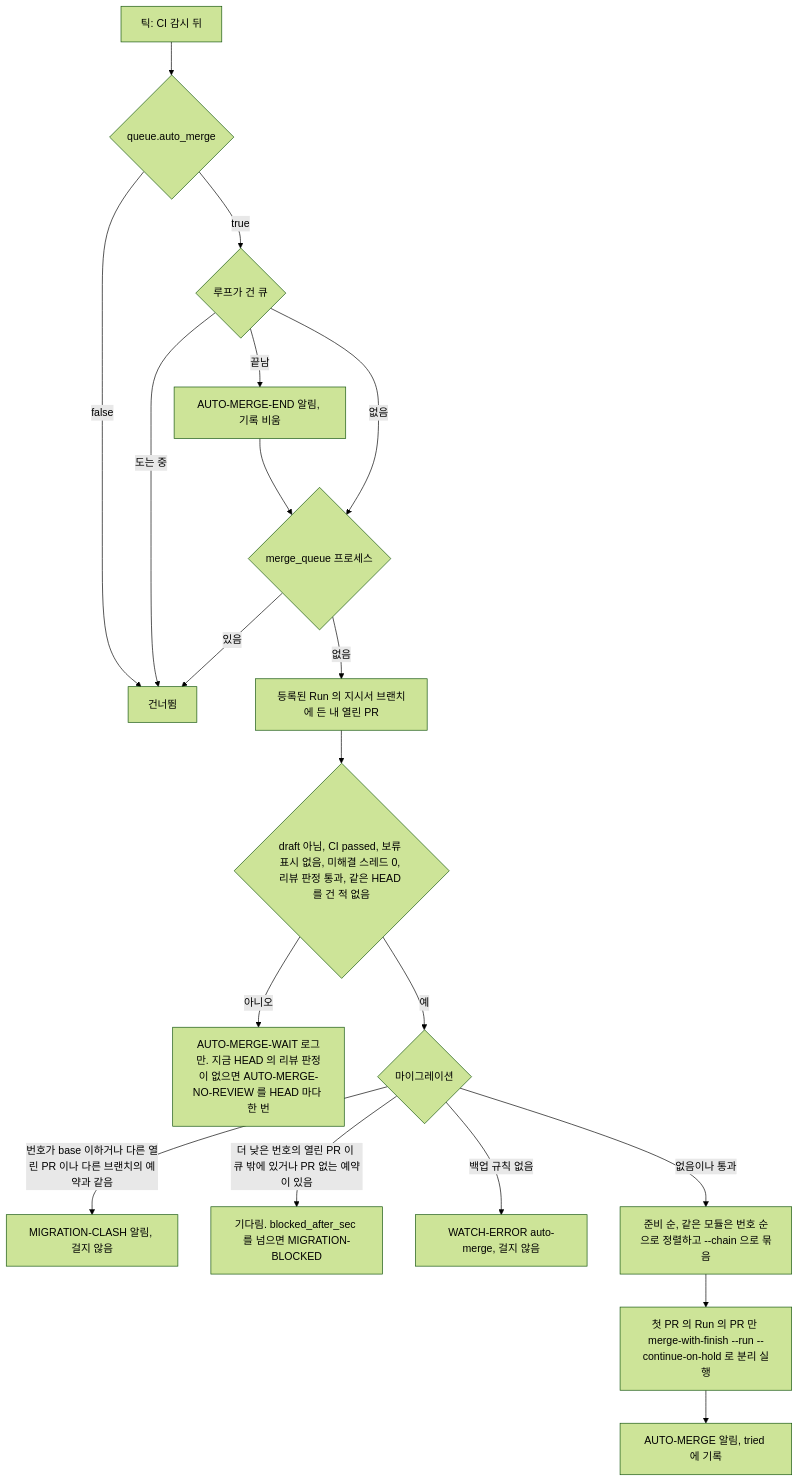
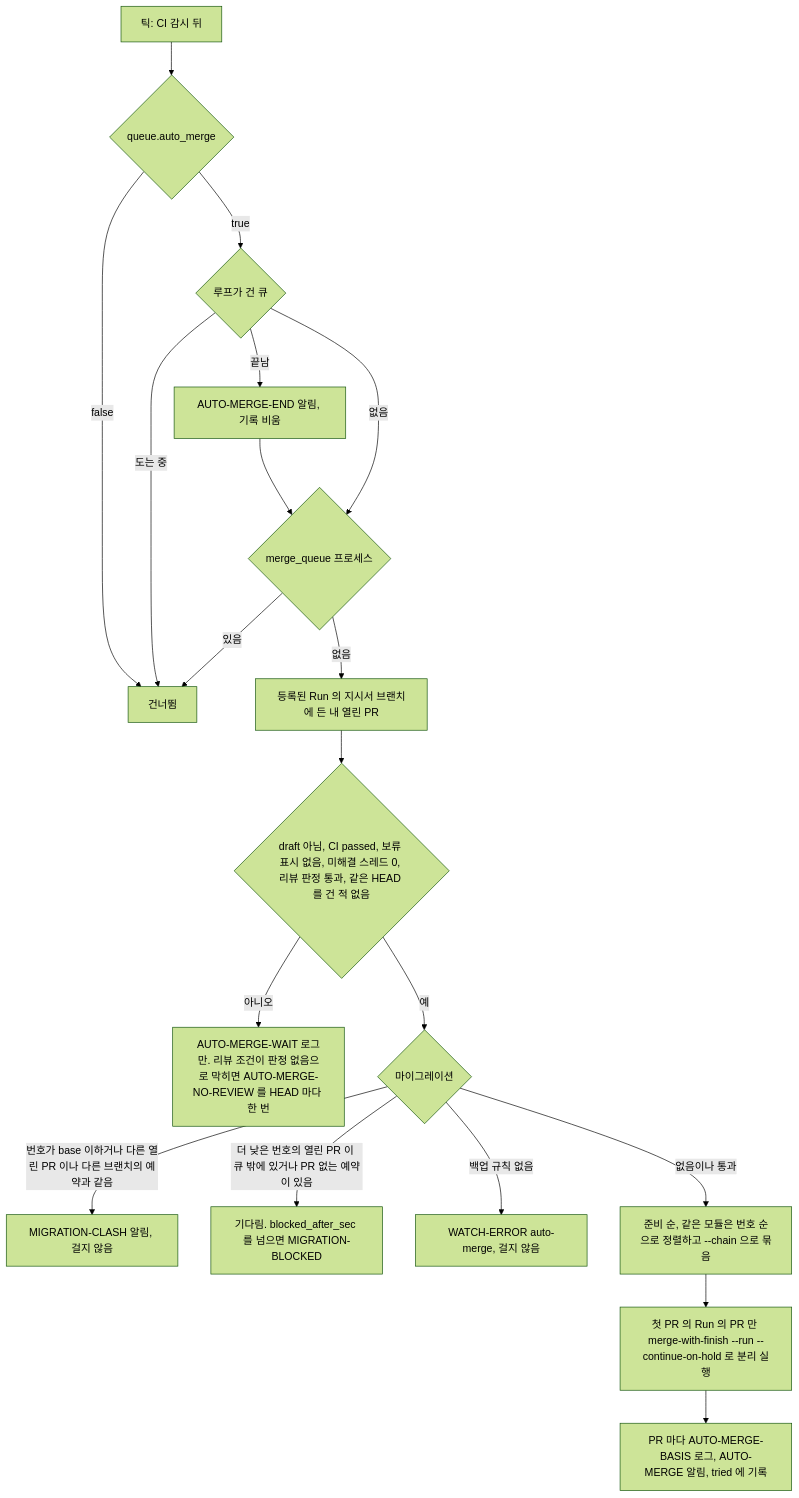
Before and after one commit to jon890/fos-skills: the seventh of 8 diagrams in docs/flow.md, drawn with Mermaid (forest theme). The commit also changed other lines of this file and 9 other files, not shown here.

````diff
--- a/docs/flow.md
+++ b/docs/flow.md
@@ -290,21 +290,21 @@
 ```mermaid
 flowchart TD
     T[틱: CI 감시 뒤] --> E{queue.auto_merge}
     E -->|false| X[건너뜀]
     E -->|true| Q{루프가 건 큐}
     Q -->|끝남| END[AUTO-MERGE-END 알림, 기록 비움]
     Q -->|도는 중| X
     END --> P
     Q -->|없음| P{merge_queue 프로세스}
     P -->|있음| X
     P -->|없음| C[등록된 Run 의 지시서 브랜치에 든 내 열린 PR]
     C --> R{draft 아님, CI passed, 보류 표시 없음, 미해결 스레드 0, 리뷰 판정 통과, 같은 HEAD 를 건 적 없음}
-    R -->|아니오| W[AUTO-MERGE-WAIT 로그만. 지금 HEAD 의 리뷰 판정이 없으면 AUTO-MERGE-NO-REVIEW 를 HEAD 마다 한 번]
+    R -->|아니오| W[AUTO-MERGE-WAIT 로그만. 리뷰 조건이 판정 없음으로 막히면 AUTO-MERGE-NO-REVIEW 를 HEAD 마다 한 번]
     R -->|예| M{마이그레이션}
     M -->|번호가 base 이하거나 다른 열린 PR 이나 다른 브랜치의 예약과 같음| CL[MIGRATION-CLASH 알림, 걸지 않음]
     M -->|더 낮은 번호의 열린 PR 이 큐 밖에 있거나 PR 없는 예약이 있음| B[기다림. blocked_after_sec 를 넘으면 MIGRATION-BLOCKED]
     M -->|백업 규칙 없음| WE[WATCH-ERROR auto-merge, 걸지 않음]
     M -->|없음이나 통과| O[준비 순, 같은 모듈은 번호 순으로 정렬하고 --chain 으로 묶음]
     O --> L[첫 PR 의 Run 의 PR 만 merge-with-finish --run --continue-on-hold 로 분리 실행]
-    L --> A[AUTO-MERGE 알림, tried 에 기록]
+    L --> A[PR 마다 AUTO-MERGE-BASIS 로그, AUTO-MERGE 알림, tried 에 기록]
 ```
````
